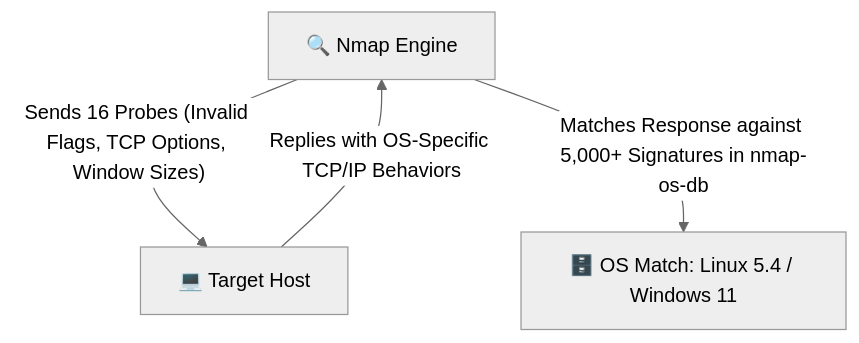
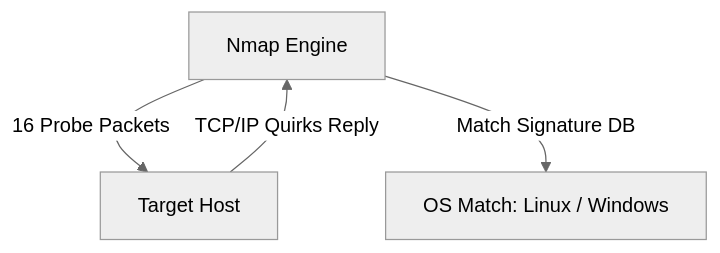
One commit to DaddyZyn/Cyber-security-notes changed the second of 5 diagrams in topics/13-pentesting-tool-internals-and-mechanics/README.md. Above: the diagram before and after it, drawn with Mermaid (neutral theme). The commit also changed other lines of this file and 19 other files, not shown here.

Commit message:
fix: overhaul all Mermaid diagrams with clean vertical layouts and short line-wrapping to prevent GitHub clipping

````diff
--- a/topics/13-pentesting-tool-internals-and-mechanics/README.md
+++ b/topics/13-pentesting-tool-internals-and-mechanics/README.md
@@ -81,6 +80,6 @@
 ```mermaid
 flowchart TD
-    Nmap["🔍 Nmap Engine"] -->|"Sends 16 Probes (Invalid Flags, TCP Options, Window Sizes)"| Target["💻 Target Host"]
-    Target -->|"Replies with OS-Specific TCP/IP Behaviors"| Nmap
-    Nmap -->|"Matches Response against 5,000+ Signatures in nmap-os-db"| DB["🗄️ OS Match: Linux 5.4 / Windows 11"]
+    Nmap["Nmap Engine"] -->|16 Probe Packets| Target["Target Host"]
+    Target -->|TCP/IP Quirks Reply| Nmap
+    Nmap -->|Match Signature DB| Result["OS Match: Linux / Windows"]
 ```
````
